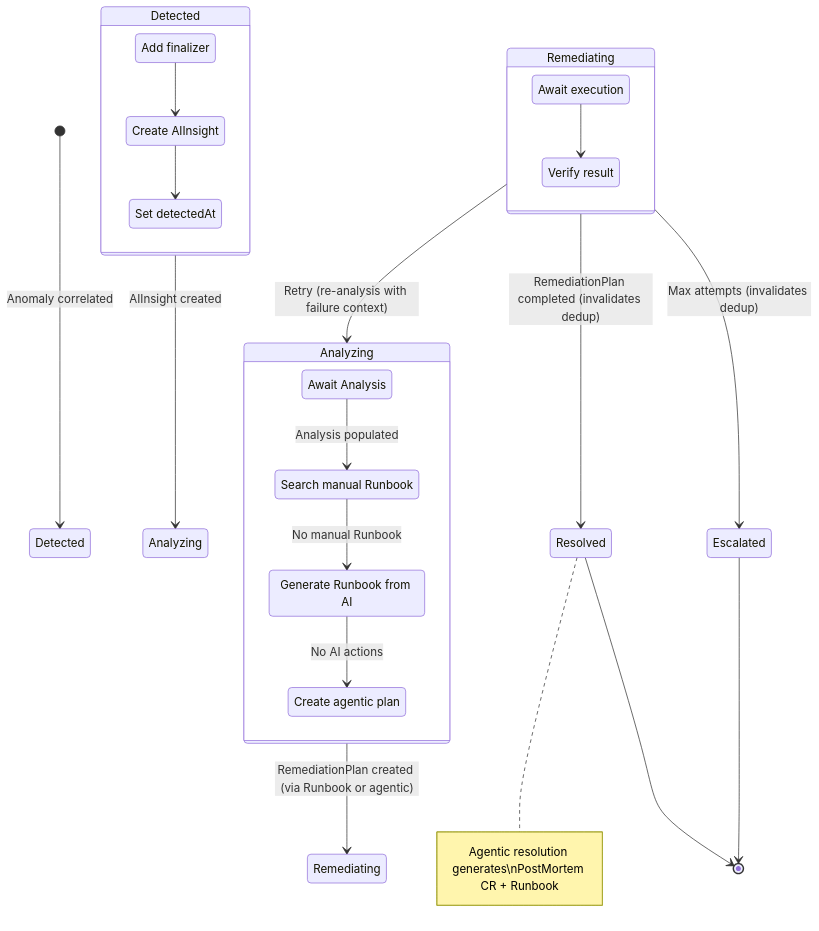
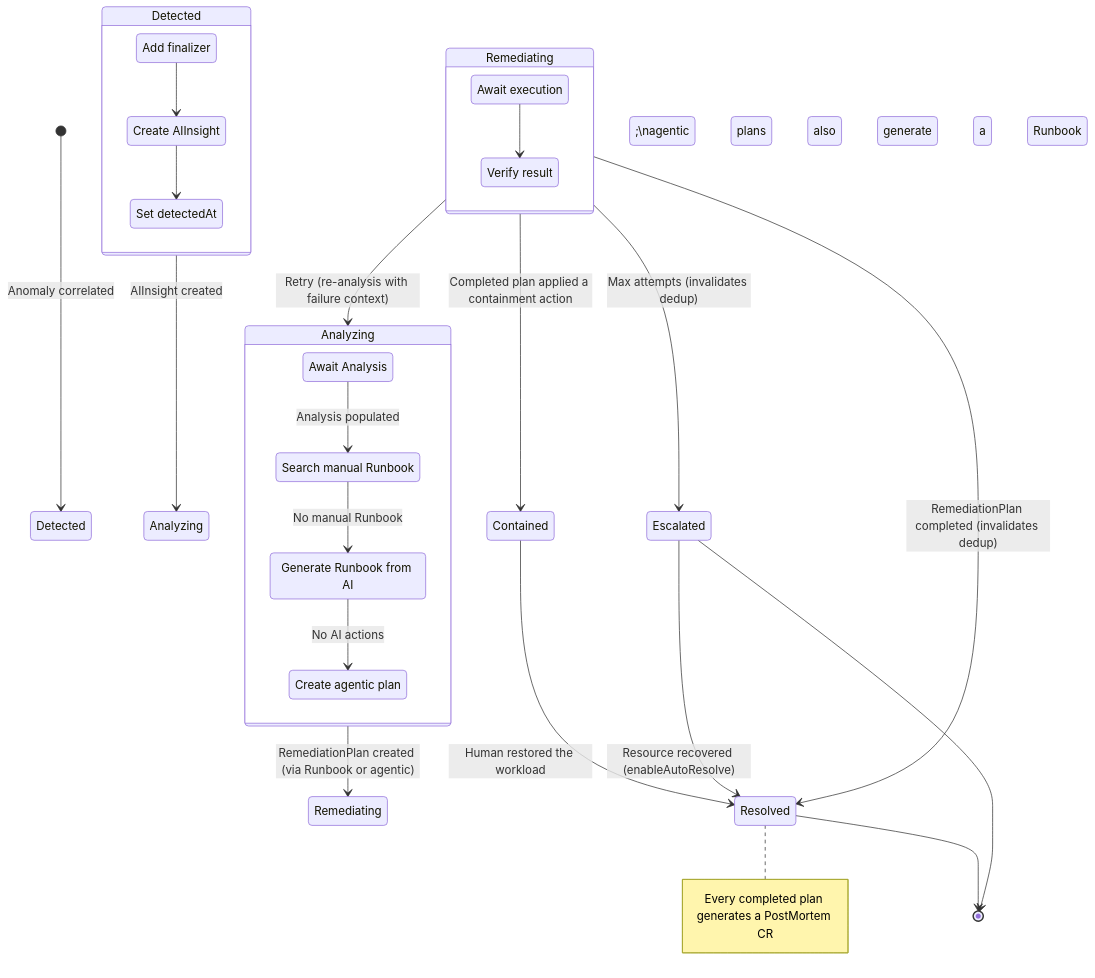
Before and after one commit to diillson/chatcli.ai: the second of 3 diagrams in features/aiops-platform.mdx, drawn with Mermaid. The commit also changed other lines of this file and 126 other files, not shown here.

````diff
--- a/features/aiops-platform.mdx
+++ b/features/aiops-platform.mdx
@@ -241,41 +266,44 @@
 ```mermaid
 stateDiagram-v2
     [*] --> Detected : Anomaly correlated
 
     state "Detected" as D {
         state "Add finalizer" as D1
         state "Create AIInsight" as D2
         state "Set detectedAt" as D3
         D1 --> D2
         D2 --> D3
     }
 
     D --> Analyzing : AIInsight created
 
     state "Analyzing" as A {
         state "Await Analysis" as A1
         state "Search manual Runbook" as A2
         state "Generate Runbook from AI" as A3
         state "Create agentic plan" as A4
         A1 --> A2 : Analysis populated
         A2 --> A3 : No manual Runbook
         A3 --> A4 : No AI actions
     }
 
     A --> Remediating : RemediationPlan created (via Runbook or agentic)
 
     state "Remediating" as R {
         state "Await execution" as R1
         state "Verify result" as R2
         R1 --> R2
     }
 
     R --> Resolved : RemediationPlan completed (invalidates dedup)
+    R --> Contained : Completed plan applied a containment action
     R --> A : Retry (re-analysis with failure context)
     R --> Escalated : Max attempts (invalidates dedup)
+    Contained --> Resolved : Human restored the workload
+    Escalated --> Resolved : Resource recovered (enableAutoResolve)
 
-    note right of Resolved : Agentic resolution generates\nPostMortem CR + Runbook
+    note right of Resolved : Every completed plan generates a PostMortem CR;\nagentic plans also generate a Runbook
 
     Resolved --> [*]
     Escalated --> [*]
 ```
````
